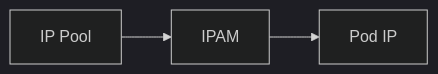
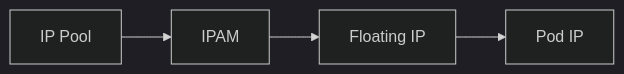
Before and after one commit to OneUptime/blog: the diagram in posts/2026-03-13-validate-floating-ips-calico/README.md, drawn with Mermaid (dark theme). The commit also changed other lines of this file and 2 other files, not shown here.

Commit message:
validate: 2026-03-13-validate-floating-ips-calico

````diff
--- a/posts/2026-03-13-validate-floating-ips-calico/README.md
+++ b/posts/2026-03-13-validate-floating-ips-calico/README.md
@@ -50,5 +64,6 @@
 ```mermaid
 graph LR
     POOL[IP Pool] --> ALLOC[IPAM]
-    ALLOC --> POD[Pod IP]
+    ALLOC --> FIP[Floating IP]
+    FIP --> POD[Pod IP]
 ```
````
